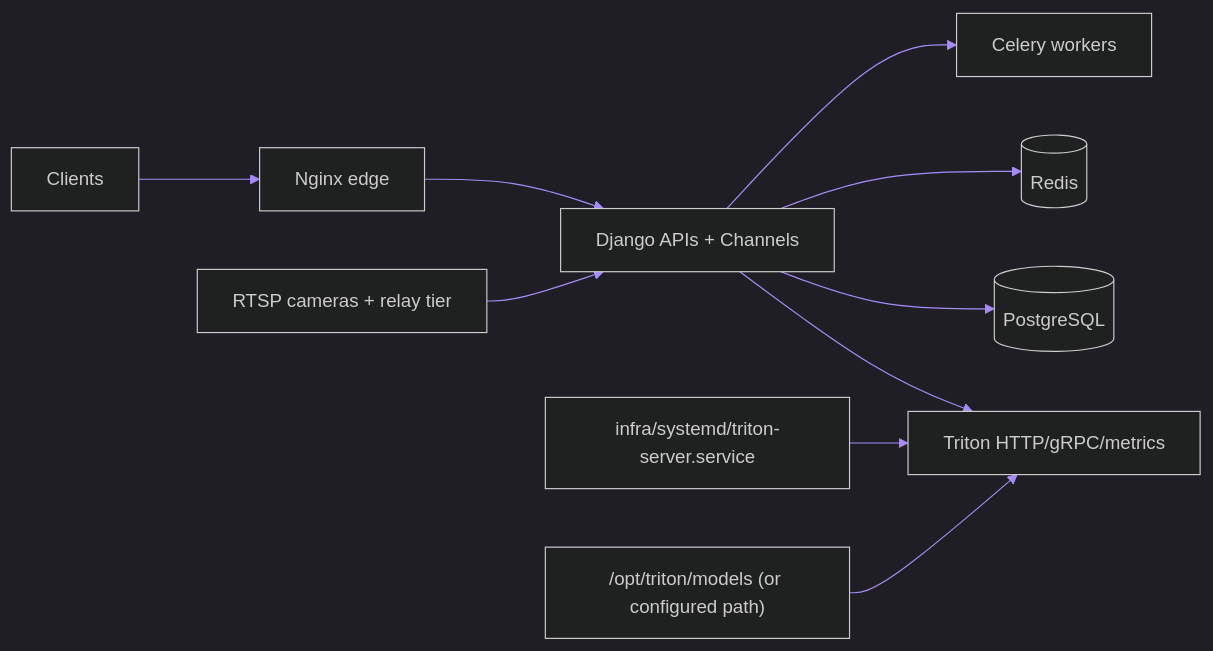
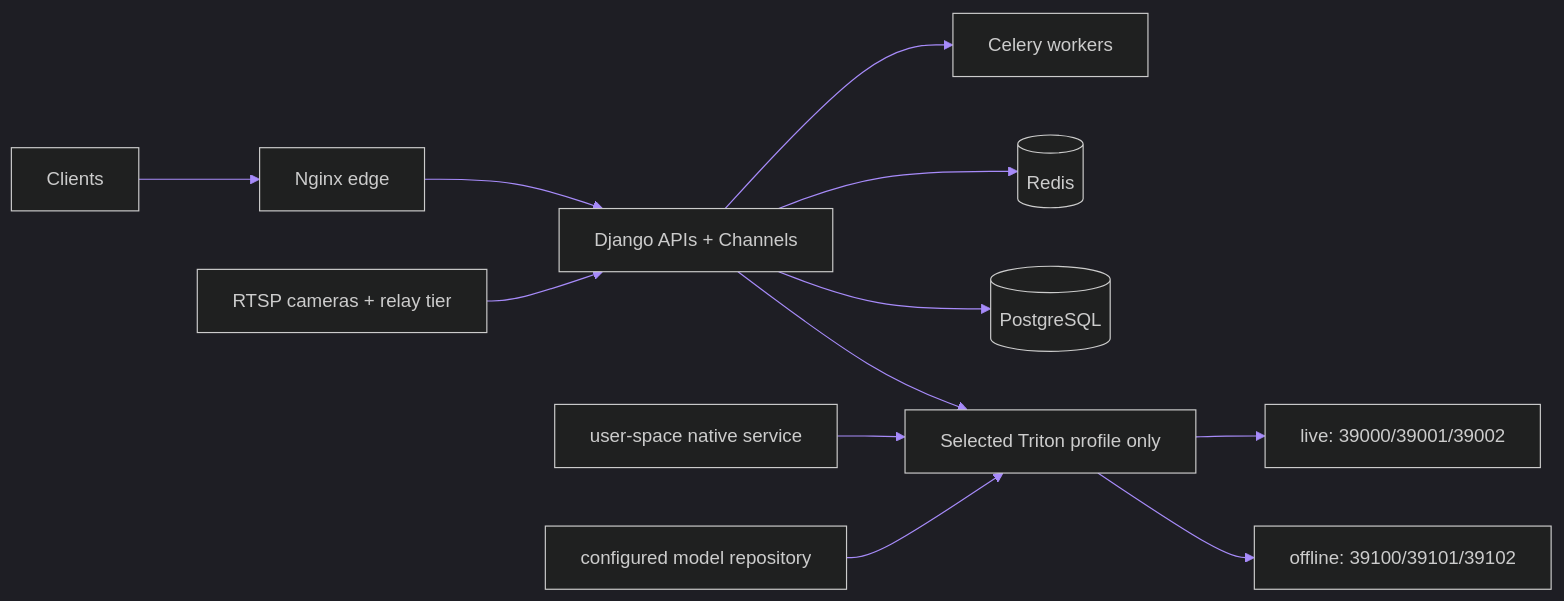
The second of 3 diagrams in docs/backend/architecture/deployment-topology.md (ahmedelbamby-aast/Grad-Project-Docs), drawn with Mermaid before and after one commit. The commit also changed other lines of this file and 2792 other files, not shown here.

````diff
--- a/docs/backend/architecture/deployment-topology.md
+++ b/docs/backend/architecture/deployment-topology.md
@@ -32,13 +32,15 @@
 ```mermaid
 %%{init: {'theme': 'dark', 'themeVariables': {'primaryColor': '#7C3AED', 'lineColor': '#A78BFA'}}}%%
 flowchart LR
     Internet["Clients"] --> Nginx["Nginx edge"]
     Nginx --> Django["Django APIs + Channels"]
     Django --> Celery["Celery workers"]
     Django --> Redis[("Redis")]
     Django --> Postgres[("PostgreSQL")]
-    Django --> Triton["Triton HTTP/gRPC/metrics"]
-    Systemd["infra/systemd/triton-server.service"] --> Triton
-    ModelRepo["/opt/triton/models (or configured path)"] --> Triton
+    Django --> Authority["Selected Triton profile only"]
+    Authority --> Live["live: 39000/39001/39002"]
+    Authority --> Offline["offline: 39100/39101/39102"]
+    Systemd["user-space native service"] --> Authority
+    ModelRepo["configured model repository"] --> Authority
     CameraInfra["RTSP cameras + relay tier"] --> Django
 ```
````
